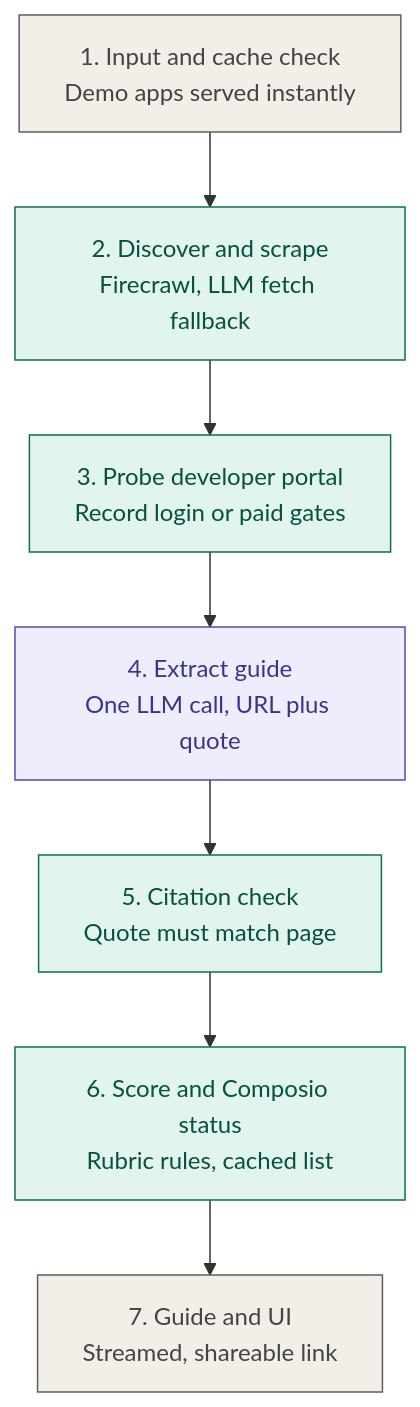
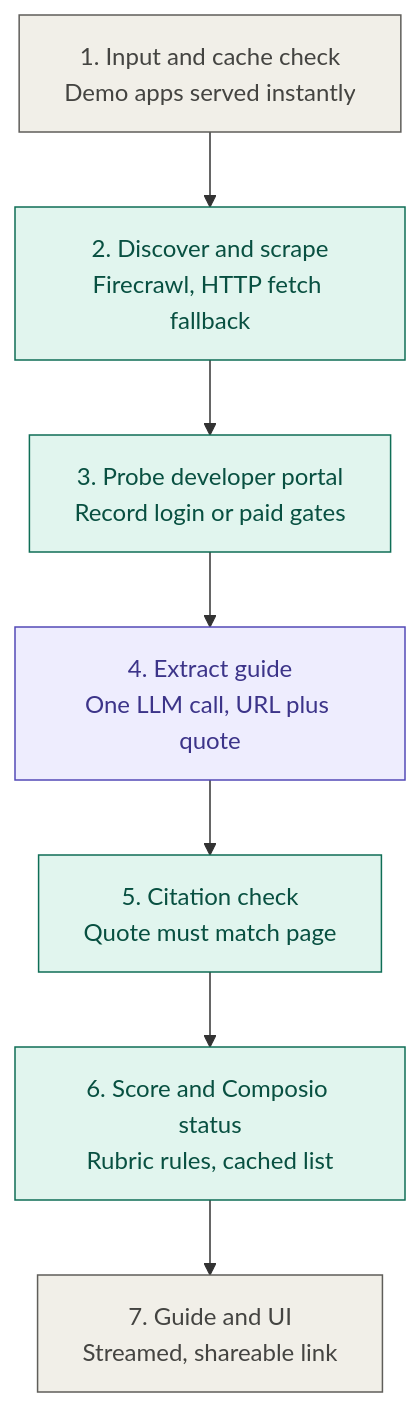
The diagram in README.md (payalkanyan/Clearance), drawn with Mermaid before and after one commit. The commit also changed other lines of this file and 14 other files, not shown here.

````diff
--- a/README.md
+++ b/README.md
@@ -7,16 +7,16 @@
 ```mermaid
 flowchart TD
-    A[1. Input and cache check<br/>Demo apps served instantly] --> B[2. Discover and scrape<br/>Firecrawl, LLM fetch fallback]
+    A[1. Input and cache check<br/>Demo apps served instantly] --> B[2. Discover and scrape<br/>Firecrawl, HTTP fetch fallback]
     B --> C[3. Probe developer portal<br/>Record login or paid gates]
     C --> D[4. Extract guide<br/>One LLM call, URL plus quote]
     D --> E[5. Citation check<br/>Quote must match page]
     E --> F[6. Score and Composio status<br/>Rubric rules, cached list]
     F --> G[7. Guide and UI<br/>Streamed, shareable link]
 
     classDef tool fill:#E1F5EE,stroke:#0F6E56,color:#085041
     classDef llm fill:#EEEDFE,stroke:#534AB7,color:#3C3489
     classDef io fill:#F1EFE8,stroke:#5F5E5A,color:#444441
     class A,G io
     class B,C,E,F tool
     class D llm
 ```
````
